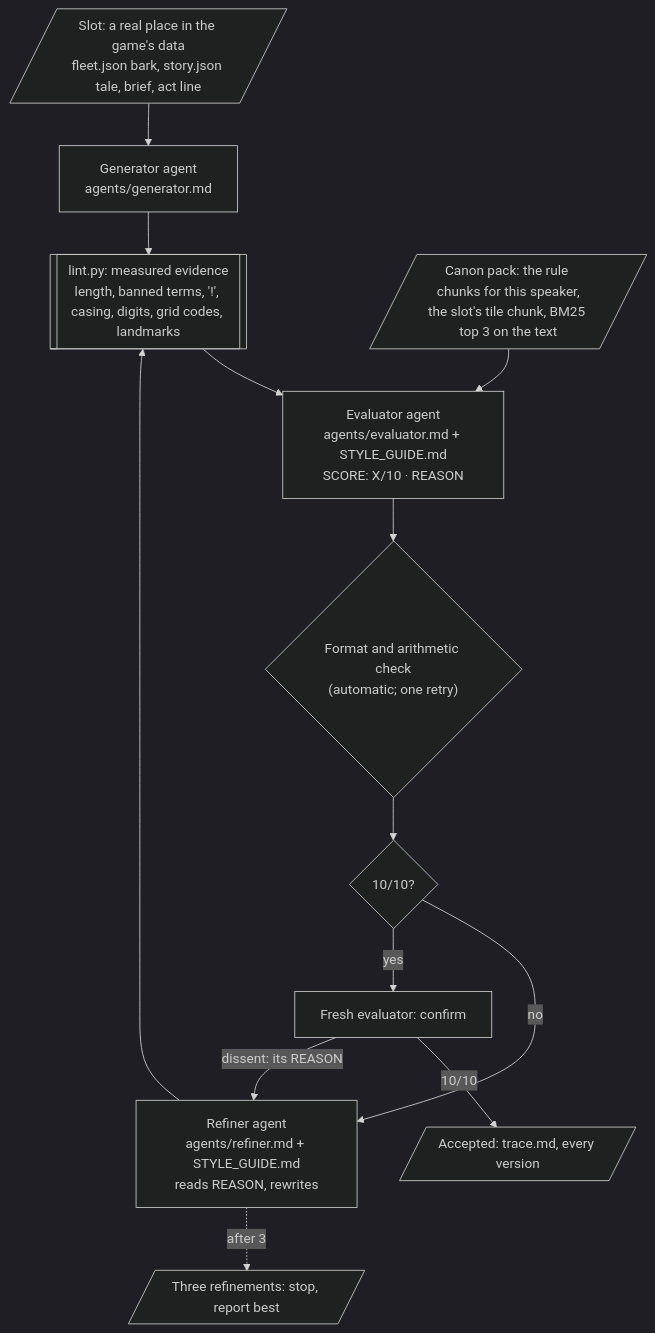
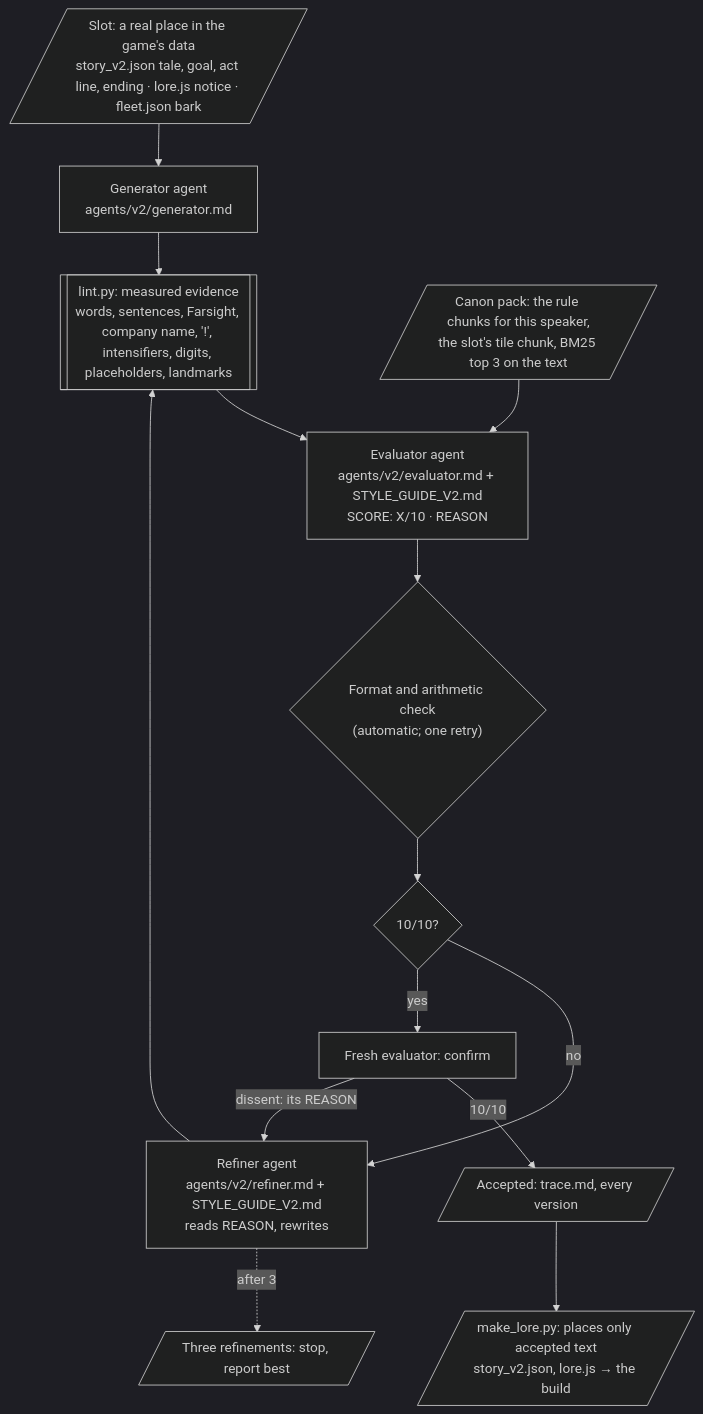
One commit to lawrencelek/ELVTR-Multiagent-Submission-6 changed the diagram in README.md. Above: the diagram before and after it, drawn with Mermaid (dark theme). The commit also changed other lines of this file and 2578 other files, not shown here.

````diff
--- a/README.md
+++ b/README.md
@@ -79,22 +116,23 @@
 ```mermaid
 flowchart TD
-    SLOT[/"Slot: a real place in the game's data<br/>fleet.json bark, story.json tale, brief, act line"/]
-    GEN["Generator agent<br/>agents/generator.md"]
-    LINT[["lint.py: measured evidence<br/>length, banned terms, '!', casing, digits, grid codes, landmarks"]]
+    SLOT[/"Slot: a real place in the game's data<br/>story_v2.json tale, goal, act line, ending · lore.js notice · fleet.json bark"/]
+    GEN["Generator agent<br/>agents/v2/generator.md"]
+    LINT[["lint.py: measured evidence<br/>words, sentences, Farsight, company name, '!', intensifiers, digits, placeholders, landmarks"]]
     KB[/"Canon pack: the rule chunks for this speaker,<br/>the slot's tile chunk, BM25 top 3 on the text"/]
-    EVAL["Evaluator agent<br/>agents/evaluator.md + STYLE_GUIDE.md<br/>SCORE: X/10 · REASON"]
+    EVAL["Evaluator agent<br/>agents/v2/evaluator.md + STYLE_GUIDE_V2.md<br/>SCORE: X/10 · REASON"]
     CHK{"Format and arithmetic check<br/>(automatic; one retry)"}
     TEN{"10/10?"}
     CONF["Fresh evaluator: confirm"]
-    REF["Refiner agent<br/>agents/refiner.md + STYLE_GUIDE.md<br/>reads REASON, rewrites"]
+    REF["Refiner agent<br/>agents/v2/refiner.md + STYLE_GUIDE_V2.md<br/>reads REASON, rewrites"]
     OUT[/"Accepted: trace.md, every version"/]
     CAP[/"Three refinements: stop, report best"/]
+    GATE[/"make_lore.py: places only accepted text<br/>story_v2.json, lore.js → the build"/]
     SLOT --> GEN --> LINT --> EVAL
     KB --> EVAL
     EVAL --> CHK --> TEN
     TEN -- "no" --> REF --> LINT
     TEN -- "yes" --> CONF
-    CONF -- "10/10" --> OUT
+    CONF -- "10/10" --> OUT --> GATE
     CONF -- "dissent: its REASON" --> REF
     REF -. "after 3" .-> CAP
 ```
````
